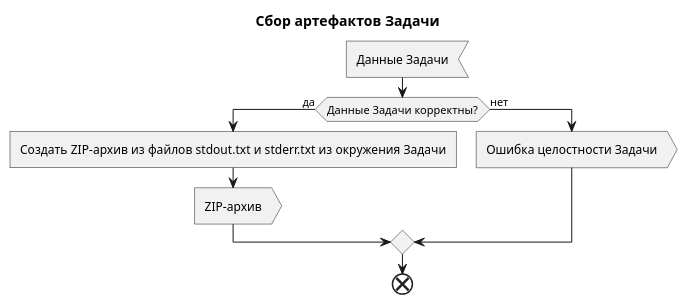
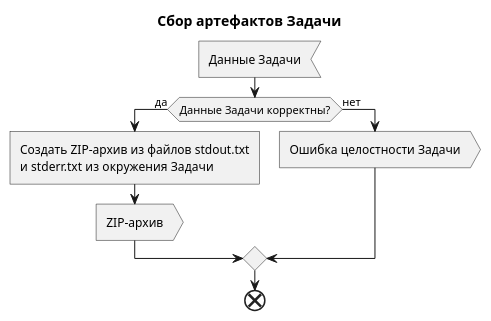
The seventh of 7 diagrams in docs/diagrams/activity/Job.Worker.puml (mrypdm/JobSystem), drawn with PlantUML before and after one commit. The commit also changed other lines of this file, not shown here.

```diff
--- a/docs/diagrams/activity/Job.Worker.puml
+++ b/docs/diagrams/activity/Job.Worker.puml
@@ -179,16 +179,17 @@
 @startuml Results collector
 
 title Сбор артефактов Задачи
 
 :Данные Задачи<
 
 if (Данные Задачи корректны?) then (да)
-    :Создать ZIP-архив из файлов stdout.txt и stderr.txt из окружения Задачи]
+    :Создать ZIP-архив из файлов stdout.txt
+    и stderr.txt из окружения Задачи]
     :ZIP-архив>
 else (нет)
     :Ошибка целостности Задачи>
 endif
 
 end
 
 @enduml
```
